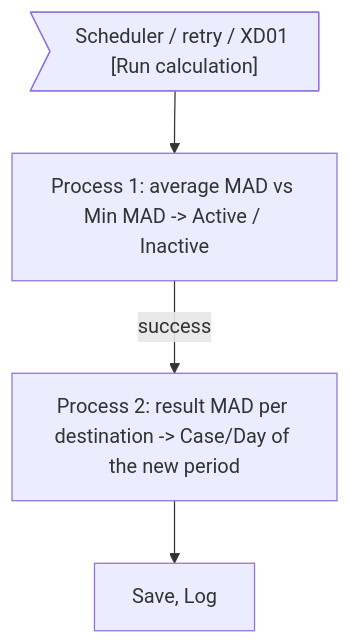
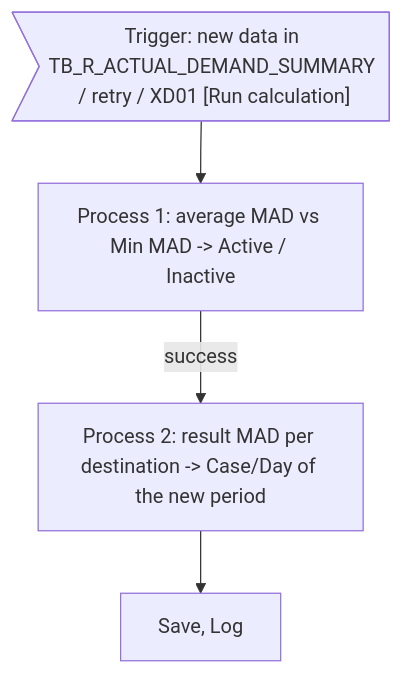
Before and after one commit to ivanrayhannn/crossdockpoc: the first of 2 diagrams in prepare_code/uiss/XD05_Batch_DADVolumeCalculation.md, drawn with Mermaid. The commit also changed other lines of this file and 20 other files, not shown here.

First line of the commit message:
FB-161/162/163: XD04 delta on CREATE_DT, XD05 started by a new-data trigger

````diff
--- a/prepare_code/uiss/XD05_Batch_DADVolumeCalculation.md
+++ b/prepare_code/uiss/XD05_Batch_DADVolumeCalculation.md
@@ -25,10 +25,10 @@
 ```mermaid
 flowchart TB
-  a>"Scheduler / retry / XD01 [Run calculation]"]
+  a>"Trigger: new data in TB_R_ACTUAL_DEMAND_SUMMARY / retry / XD01 [Run calculation]"]
   b["Process 1: average MAD vs Min MAD -> Active / Inactive"]
   c["Process 2: result MAD per destination -> Case/Day of the new period"]
   d["Save, Log"]
   a --> b
   b -->|success| c
   c --> d
 ```
````
